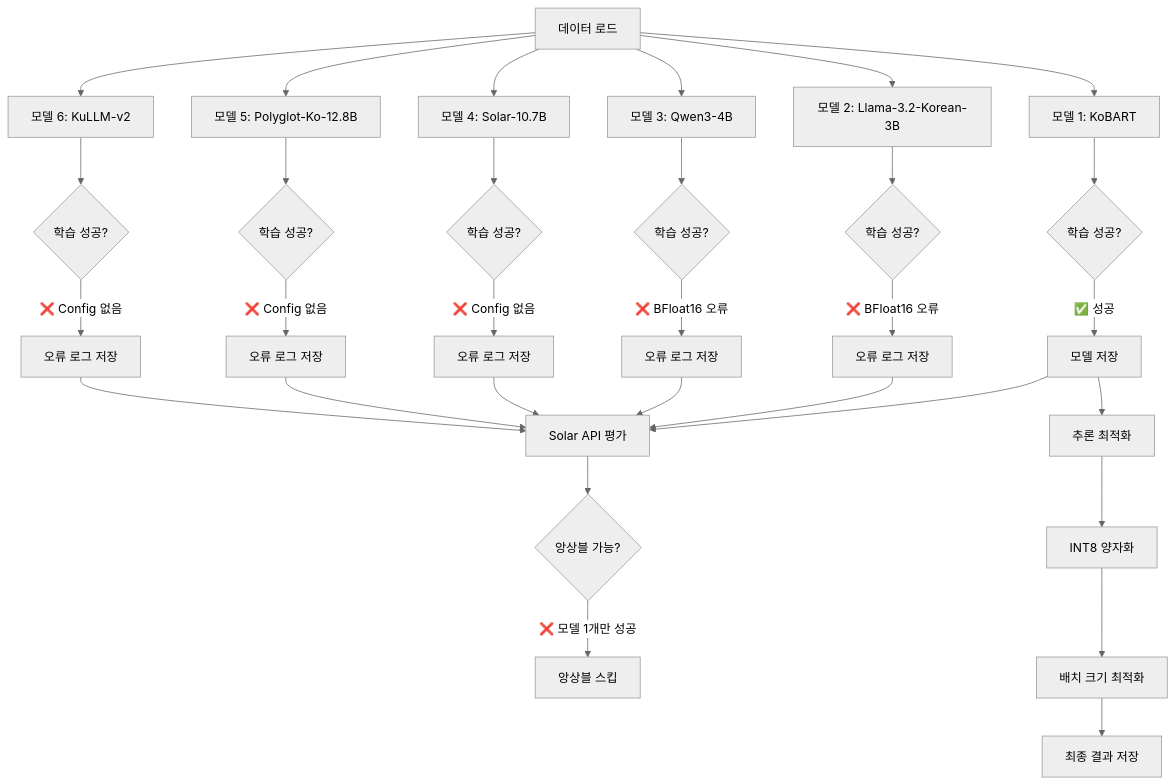
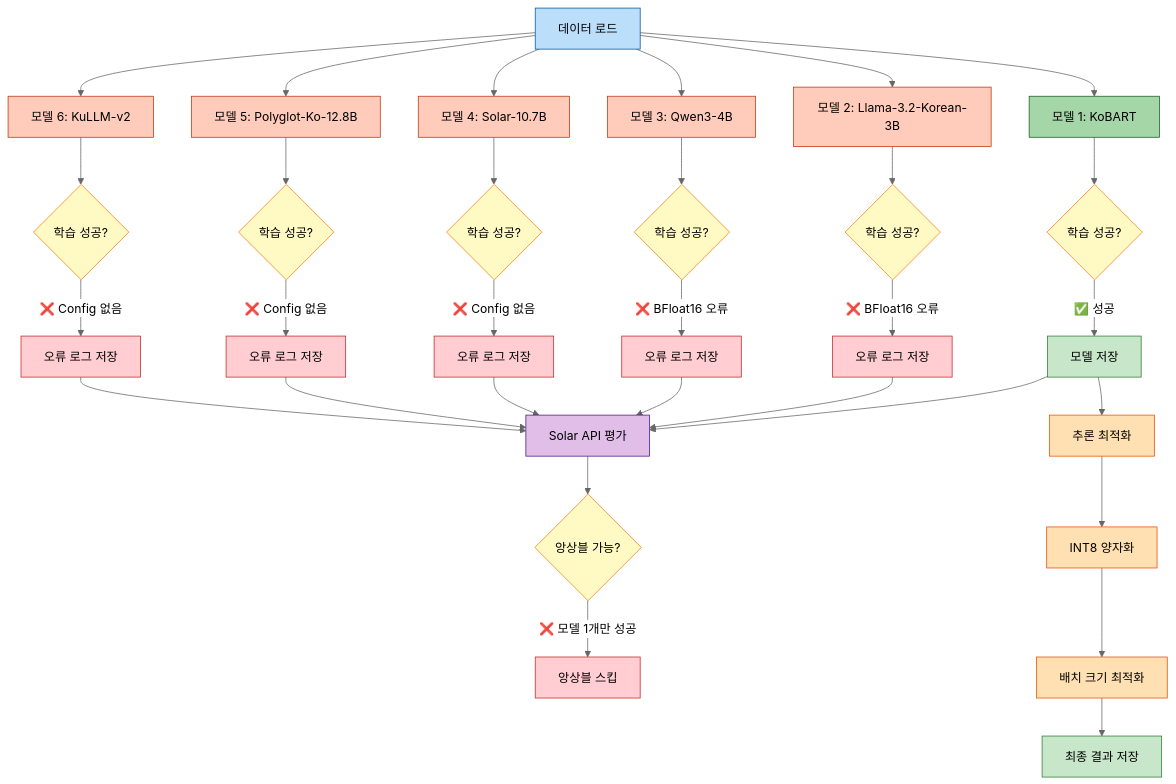
Before and after one commit to AIBootcamp14/naturallanguageprocessingcompetition-nlp-1: the first of 5 diagrams in docs/experiments/20251012_101219_test_full_pipeline_quick_실험분석.md, drawn with Mermaid (neutral theme). The commit also changed other lines of this file, not shown here.

Commit message:
docs: 실험분석 문서 Mermaid 다이어그램 색상 개선
변경 내용:
- 모든 Mermaid 다이어그램에 색상 스타일 적용
- README.md 전체 파이프라인 플로우 스타일 참고
- 텍스트 가독성 향상 (배경이 검정이 아닌 경우 글자 검은색)

수정된 다이어그램:
1. graph TB (실험 아키텍처):
   - 데이터 로드: 파란색 (#bbdefb)
   - 성공 모델: 녹색 (#a5d6a7)
   - 실패 모델: 붉은색 (#ffccbc)
   - 판단 노드: 노란색 (#fff9c4)
   - 오류 로그: 빨간색 (#ffcdd2)
   - 최적화: 주황색 (#ffe0b2)
   - 최종 결과: 녹색 (#c8e6c9)

2. graph LR (배치 크기 최적화):
   - 테스트 노드: 주황색 (#ffe0b2)
   - 성공 노드: 녹색 (#c8e6c9)
   - 진행 중: 노란색 (#fff9c4)

3. graph TD (BFloat16 근본 원인):
   - QLoRA 설정: 보라색 (#e1bee7)
   - BFloat16 설정: 붉은색 (#ffccbc)
   - 모델 로딩/처리: 주황색 (#ffe0b2)
   - 판단: 노란색 (#fff9c4)
   - 성공: 녹색 (#c8e6c9)
   - 오류: 빨간색 (#ffcdd2)

모든 노드에 color:#000 적용으로 텍스트 가독성 보장

````diff
--- a/docs/experiments/20251012_101219_test_full_pipeline_quick_실험분석.md
+++ b/docs/experiments/20251012_101219_test_full_pipeline_quick_실험분석.md
@@ -27,38 +27,65 @@
 ```mermaid
 graph TB
     A[데이터 로드] --> B[모델 1: KoBART]
     A --> C[모델 2: Llama-3.2-Korean-3B]
     A --> D[모델 3: Qwen3-4B]
     A --> E[모델 4: Solar-10.7B]
     A --> F[모델 5: Polyglot-Ko-12.8B]
     A --> G[모델 6: KuLLM-v2]
 
     B --> H{학습 성공?}
     C --> I{학습 성공?}
     D --> J{학습 성공?}
     E --> K{학습 성공?}
     F --> L{학습 성공?}
     G --> M{학습 성공?}
 
     H -->|✅ 성공| N[모델 저장]
     I -->|❌ BFloat16 오류| O[오류 로그 저장]
     J -->|❌ BFloat16 오류| P[오류 로그 저장]
     K -->|❌ Config 없음| Q[오류 로그 저장]
     L -->|❌ Config 없음| R[오류 로그 저장]
     M -->|❌ Config 없음| S[오류 로그 저장]
 
     N --> T[Solar API 평가]
     O --> T
     P --> T
     Q --> T
     R --> T
     S --> T
 
     T --> U{앙상블 가능?}
     U -->|❌ 모델 1개만 성공| V[앙상블 스킵]
 
     N --> W[추론 최적화]
     W --> X[INT8 양자화]
     X --> Y[배치 크기 최적화]
     Y --> Z[최종 결과 저장]
+
+    style A fill:#bbdefb,stroke:#01579b,color:#000
+    style B fill:#a5d6a7,stroke:#1b5e20,color:#000
+    style C fill:#ffccbc,stroke:#bf360c,color:#000
+    style D fill:#ffccbc,stroke:#bf360c,color:#000
+    style E fill:#ffccbc,stroke:#bf360c,color:#000
+    style F fill:#ffccbc,stroke:#bf360c,color:#000
+    style G fill:#ffccbc,stroke:#bf360c,color:#000
+    style H fill:#fff9c4,stroke:#f57f17,color:#000
+    style I fill:#fff9c4,stroke:#f57f17,color:#000
+    style J fill:#fff9c4,stroke:#f57f17,color:#000
+    style K fill:#fff9c4,stroke:#f57f17,color:#000
+    style L fill:#fff9c4,stroke:#f57f17,color:#000
+    style M fill:#fff9c4,stroke:#f57f17,color:#000
+    style N fill:#c8e6c9,stroke:#2e7d32,color:#000
+    style O fill:#ffcdd2,stroke:#c62828,color:#000
+    style P fill:#ffcdd2,stroke:#c62828,color:#000
+    style Q fill:#ffcdd2,stroke:#c62828,color:#000
+    style R fill:#ffcdd2,stroke:#c62828,color:#000
+    style S fill:#ffcdd2,stroke:#c62828,color:#000
+    style T fill:#e1bee7,stroke:#4a148c,color:#000
+    style U fill:#fff9c4,stroke:#f57f17,color:#000
+    style V fill:#ffcdd2,stroke:#c62828,color:#000
+    style W fill:#ffe0b2,stroke:#e65100,color:#000
+    style X fill:#ffe0b2,stroke:#e65100,color:#000
+    style Y fill:#ffe0b2,stroke:#e65100,color:#000
+    style Z fill:#c8e6c9,stroke:#2e7d32,color:#000
 ```
````
